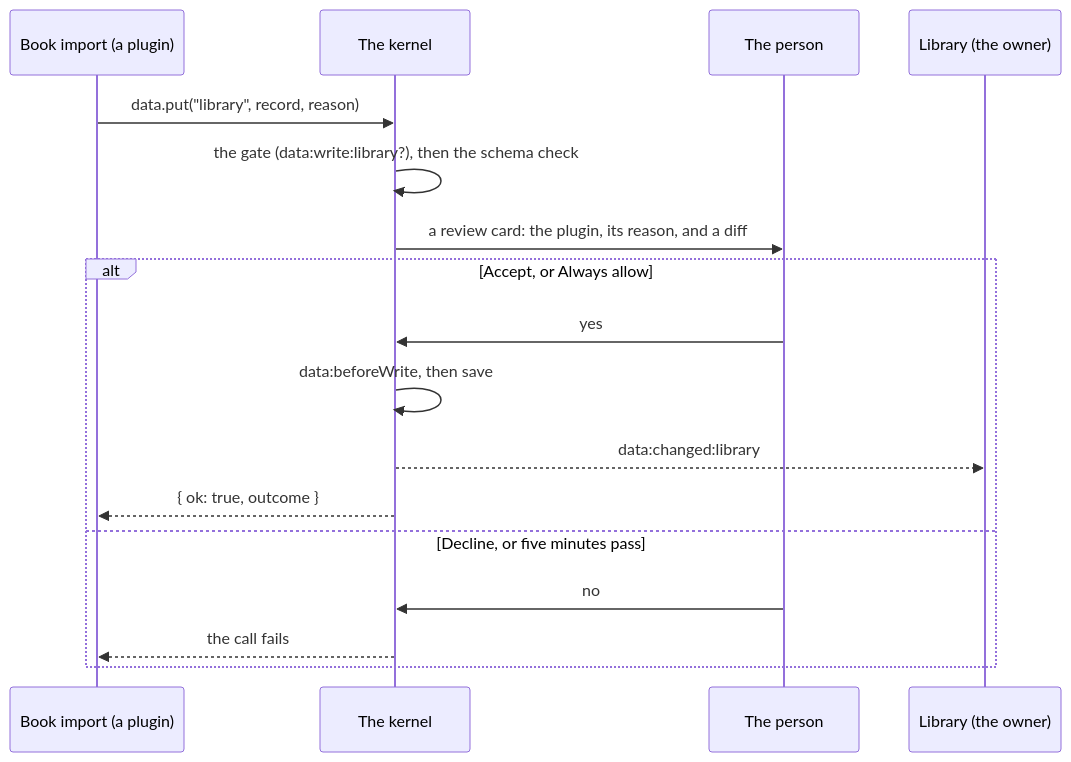
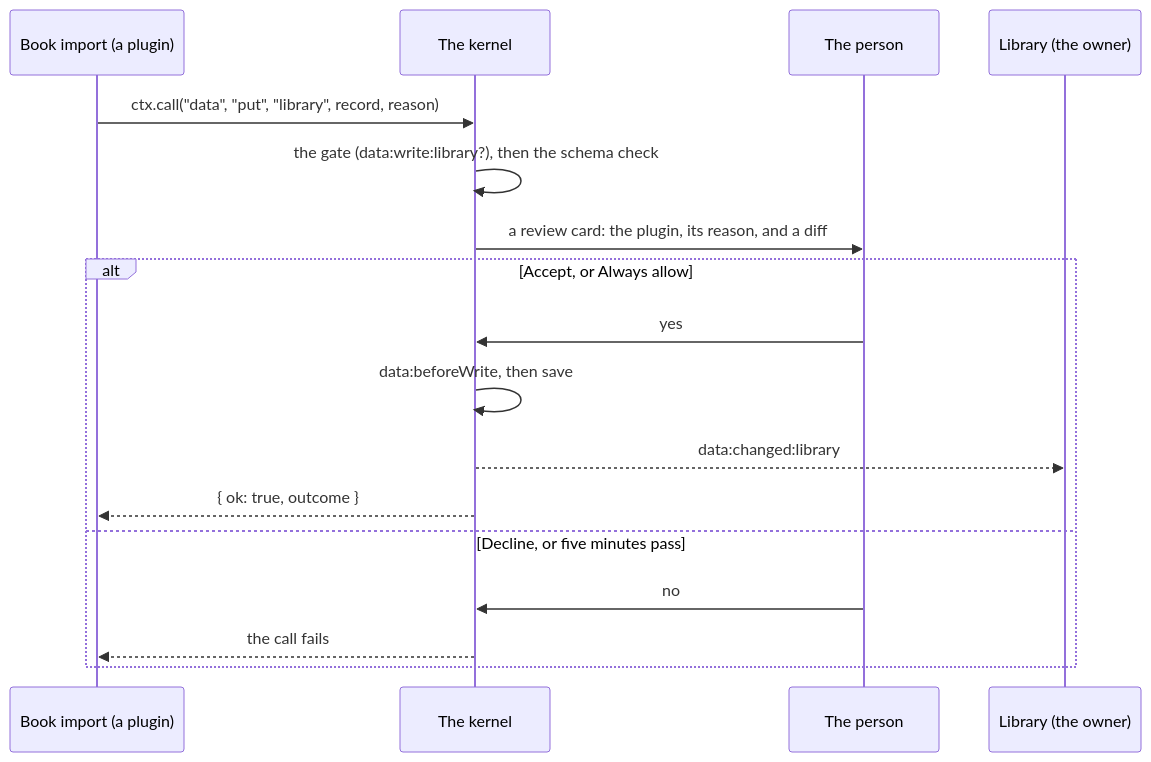
The diagram in docs/guide/data-and-permissions.md (PaulKinlan/ExtensibleWebApps), drawn with Mermaid before and after one commit. The commit also changed 1 other file, not shown here.

Commit message:
Guide diagrams: the call as the guide writes it, and a kernel label that reads as a sentence
Claude-Session: https://claude.ai/code/session_019vqCg55cwkD4xX3eQJ1sDo

````diff
--- a/docs/guide/data-and-permissions.md
+++ b/docs/guide/data-and-permissions.md
@@ -106,20 +106,20 @@
 ```mermaid
 sequenceDiagram
     participant P as Book import (a plugin)
     participant K as The kernel
     participant Person as The person
     participant O as Library (the owner)
 
-    P->>K: data.put("library", record, reason)
+    P->>K: ctx.call("data", "put", "library", record, reason)
     K->>K: the gate (data:write:library?), then the schema check
     K->>Person: a review card: the plugin, its reason, and a diff
     alt Accept, or Always allow
         Person->>K: yes
         K->>K: data:beforeWrite, then save
         K-->>O: data:changed:library
         K-->>P: { ok: true, outcome }
     else Decline, or five minutes pass
         Person->>K: no
         K-->>P: the call fails
     end
 ```
````
